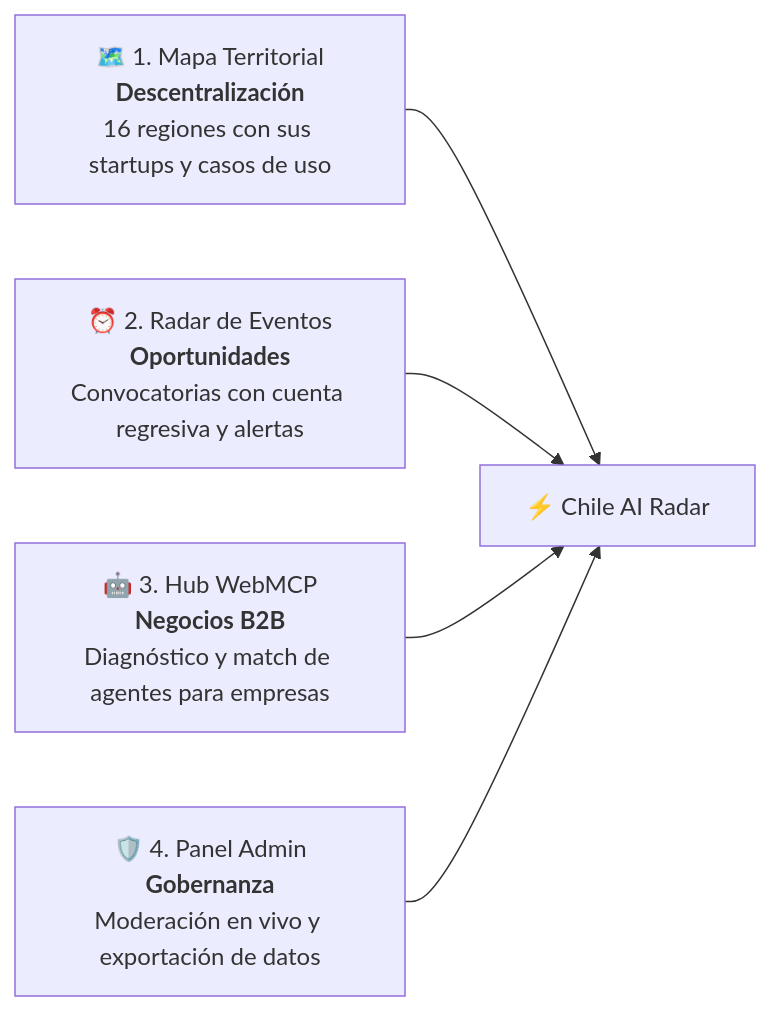
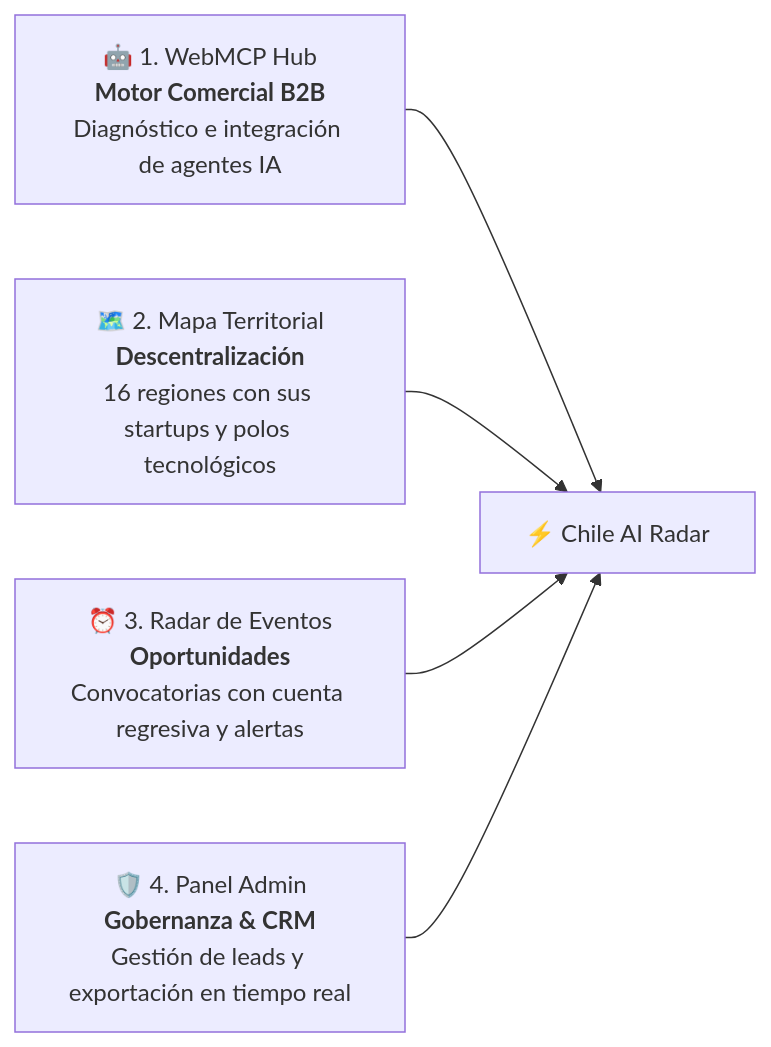
One commit to CaBsCrypto/radar changed the diagram in README.md. Above: the diagram before and after it, drawn with Mermaid. The commit also changed other lines of this file and 2 other files, not shown here.

Commit message:
docs: spotlight WebMCP as primary B2B business opportunity and add visual banner

````diff
--- a/README.md
+++ b/README.md
@@ -48,7 +75,7 @@
 ```mermaid
 flowchart LR
-    A["🗺️ 1. Mapa Territorial<br/><b>Descentralización</b><br/>16 regiones con sus startups y casos de uso"] --> D["⚡ Chile AI Radar"]
-    B["⏰ 2. Radar de Eventos<br/><b>Oportunidades</b><br/>Convocatorias con cuenta regresiva y alertas"] --> D
-    C["🤖 3. Hub WebMCP<br/><b>Negocios B2B</b><br/>Diagnóstico y match de agentes para empresas"] --> D
-    E["🛡️ 4. Panel Admin<br/><b>Gobernanza</b><br/>Moderación en vivo y exportación de datos"] --> D
+    A["🤖 1. WebMCP Hub<br/><b>Motor Comercial B2B</b><br/>Diagnóstico e integración de agentes IA"] --> D["⚡ Chile AI Radar"]
+    B["🗺️ 2. Mapa Territorial<br/><b>Descentralización</b><br/>16 regiones con sus startups y polos tecnológicos"] --> D
+    C["⏰ 3. Radar de Eventos<br/><b>Oportunidades</b><br/>Convocatorias con cuenta regresiva y alertas"] --> D
+    E["🛡️ 4. Panel Admin<br/><b>Gobernanza & CRM</b><br/>Gestión de leads y exportación en tiempo real"] --> D
 ```
````
